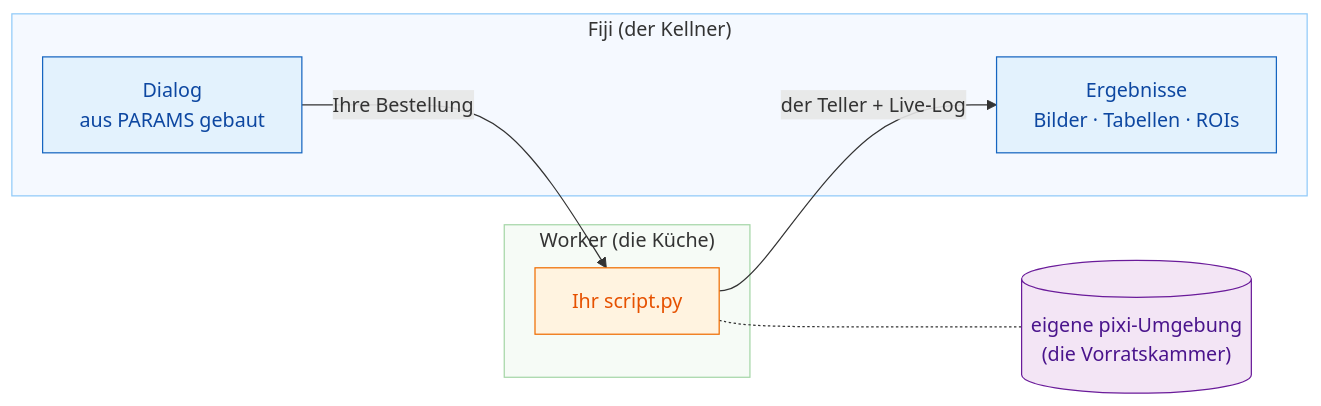
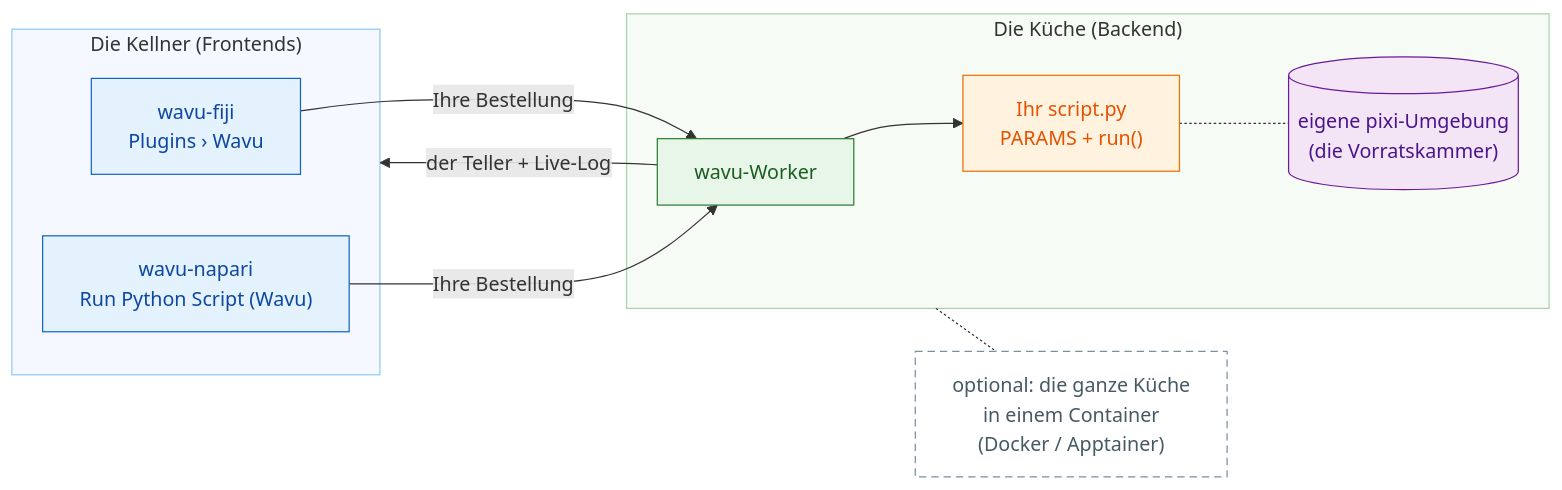
Before and after one commit to Oxford-Zeiss-Centre-of-Excellence/Wavu: the diagram in guide/index.de.md, drawn with Mermaid. The commit also changed other lines of this file and 218 other files, not shown here.

First line of the commit message:
feat: Wavu core + two frontends (wavu-fiji, wavu-napari); remote/container connect; reworked guide

````diff
--- a/guide/index.de.md
+++ b/guide/index.de.md
@@ -21,22 +22,28 @@
 ```mermaid
 flowchart LR
-    subgraph FIJI["Fiji (der Kellner)"]
-        D["Dialog<br/>aus PARAMS gebaut"]:::fiji
-        R["Ergebnisse<br/>Bilder · Tabellen · ROIs"]:::fiji
+    subgraph FE["Die Kellner (Frontends)"]
+        F["wavu-fiji<br/>Plugins › Wavu"]:::fiji
+        N["wavu-napari<br/>Run Python Script (Wavu)"]:::fiji
     end
-    subgraph PY["Worker (die Küche)"]
-        S["Ihr script.py"]:::script
+    subgraph BE["Die Küche (Backend)"]
+        W["wavu-Worker"]:::worker
+        S["Ihr script.py<br/>PARAMS + run()"]:::script
+        E[("eigene pixi-Umgebung<br/>(die Vorratskammer)")]:::env
     end
-    E[("eigene pixi-Umgebung<br/>(die Vorratskammer)")]:::env
+    C["optional: die ganze Küche<br/>in einem Container<br/>(Docker / Apptainer)"]:::box
+    BE -.- C
 
-    D -- "Ihre Bestellung" --> S
+    F -- "Ihre Bestellung" --> W
+    N -- "Ihre Bestellung" --> W
+    W --> S
     S -.- E
-    S -- "der Teller + Live-Log" --> R
+    W -- "der Teller + Live-Log" --> FE
 
     classDef fiji   fill:#e3f2fd,stroke:#1565c0,color:#0d47a1
     classDef worker fill:#e8f5e9,stroke:#2e7d32,color:#1b5e20
     classDef script fill:#fff3e0,stroke:#ef6c00,color:#e65100
     classDef env    fill:#f3e5f5,stroke:#6a1b9a,color:#4a148c
-    style FIJI fill:#f5f9ff,stroke:#90caf9
-    style PY   fill:#f6fbf6,stroke:#a5d6a7
+    style FE fill:#f5f9ff,stroke:#90caf9
+    style BE fill:#f6fbf6,stroke:#a5d6a7
+    classDef box    fill:#ffffff,stroke:#78909c,stroke-dasharray: 6 4,color:#455a64
 ```
````
